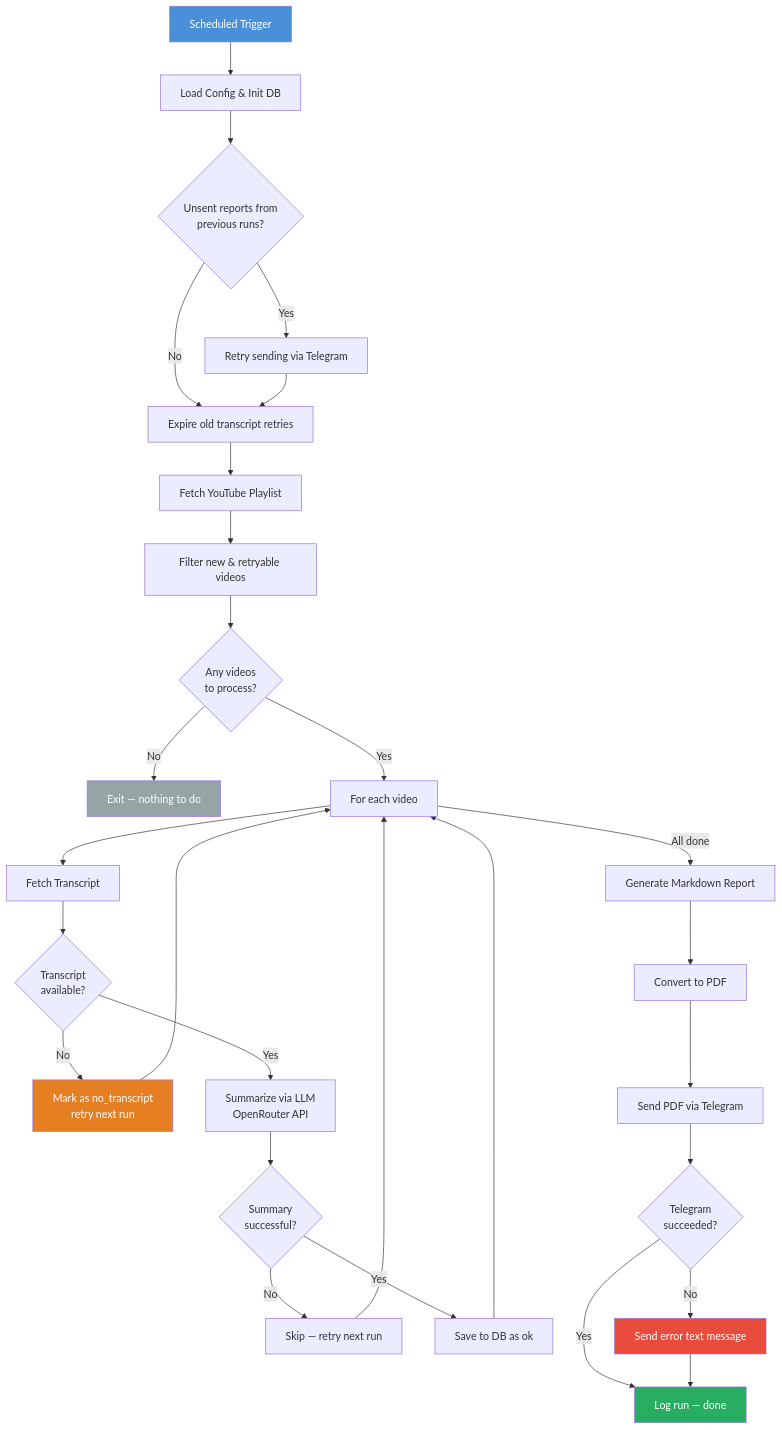
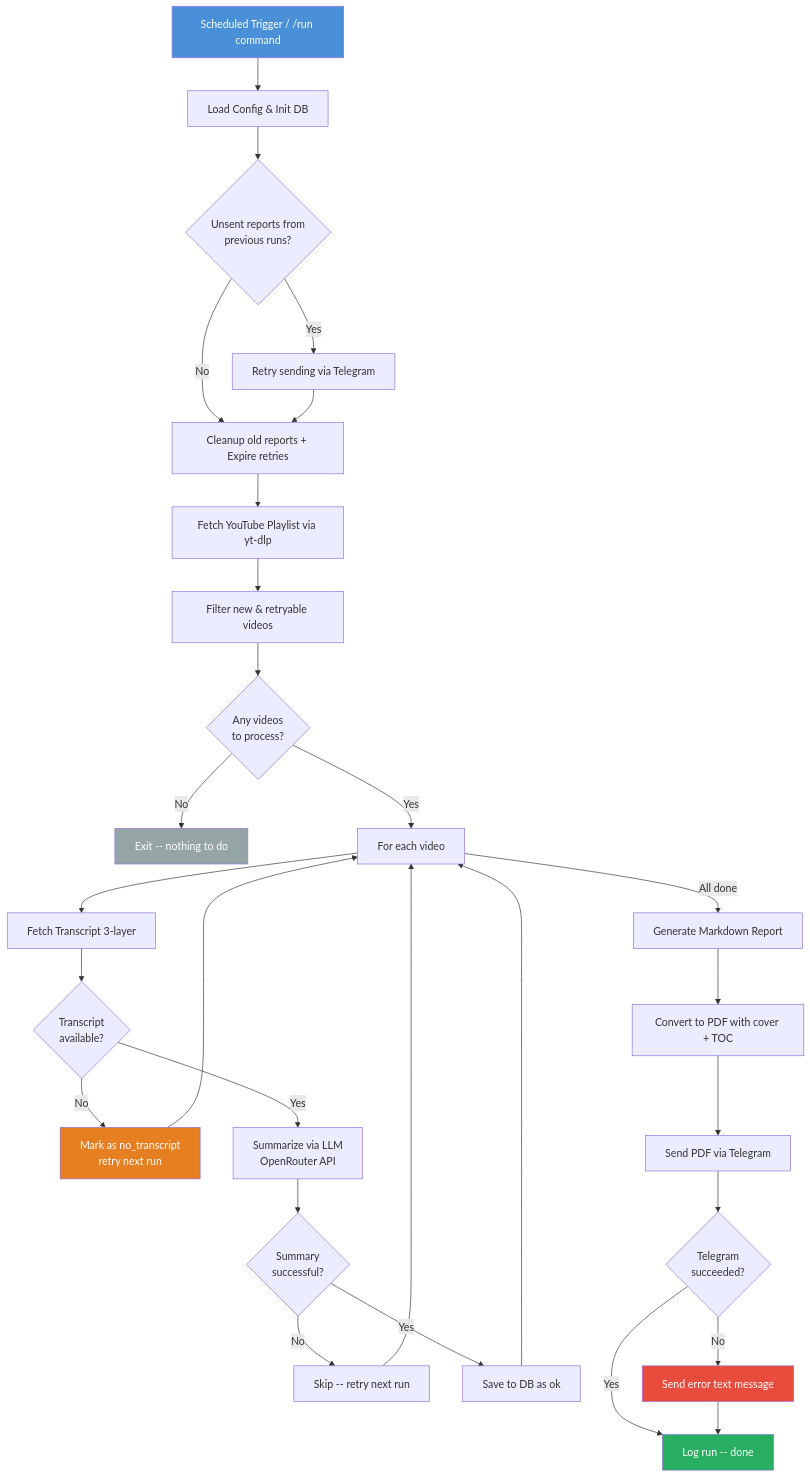
One commit to aliyenidede/vis changed the first of 2 diagrams in README.md. Above: the diagram before and after it, drawn with Mermaid. The commit also changed other lines of this file, not shown here.

Commit message:
chore: Update README with current architecture, bot commands, and tech stack

````diff
--- a/README.md
+++ b/README.md
@@ -7,39 +7,39 @@
 ```mermaid
 flowchart TD
-    A[Scheduled Trigger] --> B[Load Config & Init DB]
+    A[Scheduled Trigger / /run command] --> B[Load Config & Init DB]
     B --> C{Unsent reports from\nprevious runs?}
     C -->|Yes| D[Retry sending via Telegram]
-    C -->|No| E[Expire old transcript retries]
+    C -->|No| E[Cleanup old reports + Expire retries]
     D --> E
-    E --> F[Fetch YouTube Playlist]
+    E --> F[Fetch YouTube Playlist via yt-dlp]
     F --> G[Filter new & retryable videos]
     G --> H{Any videos\nto process?}
-    H -->|No| Z[Exit — nothing to do]
+    H -->|No| Z[Exit -- nothing to do]
     H -->|Yes| I[For each video]
 
-    I --> J[Fetch Transcript]
+    I --> J[Fetch Transcript 3-layer]
     J --> K{Transcript\navailable?}
     K -->|No| L[Mark as no_transcript\nretry next run]
     K -->|Yes| M[Summarize via LLM\nOpenRouter API]
     M --> N{Summary\nsuccessful?}
-    N -->|No| O[Skip — retry next run]
+    N -->|No| O[Skip -- retry next run]
     N -->|Yes| P[Save to DB as ok]
 
     L --> I
     O --> I
     P --> I
 
     I -->|All done| Q[Generate Markdown Report]
-    Q --> R[Convert to PDF]
+    Q --> R[Convert to PDF with cover + TOC]
     R --> S[Send PDF via Telegram]
     S --> T{Telegram\nsucceeded?}
-    T -->|Yes| U[Log run — done]
+    T -->|Yes| U[Log run -- done]
     T -->|No| V[Send error text message]
     V --> U
 
     style A fill:#4a90d9,color:#fff
     style Z fill:#95a5a6,color:#fff
     style U fill:#27ae60,color:#fff
     style L fill:#e67e22,color:#fff
     style V fill:#e74c3c,color:#fff
 ```
````
